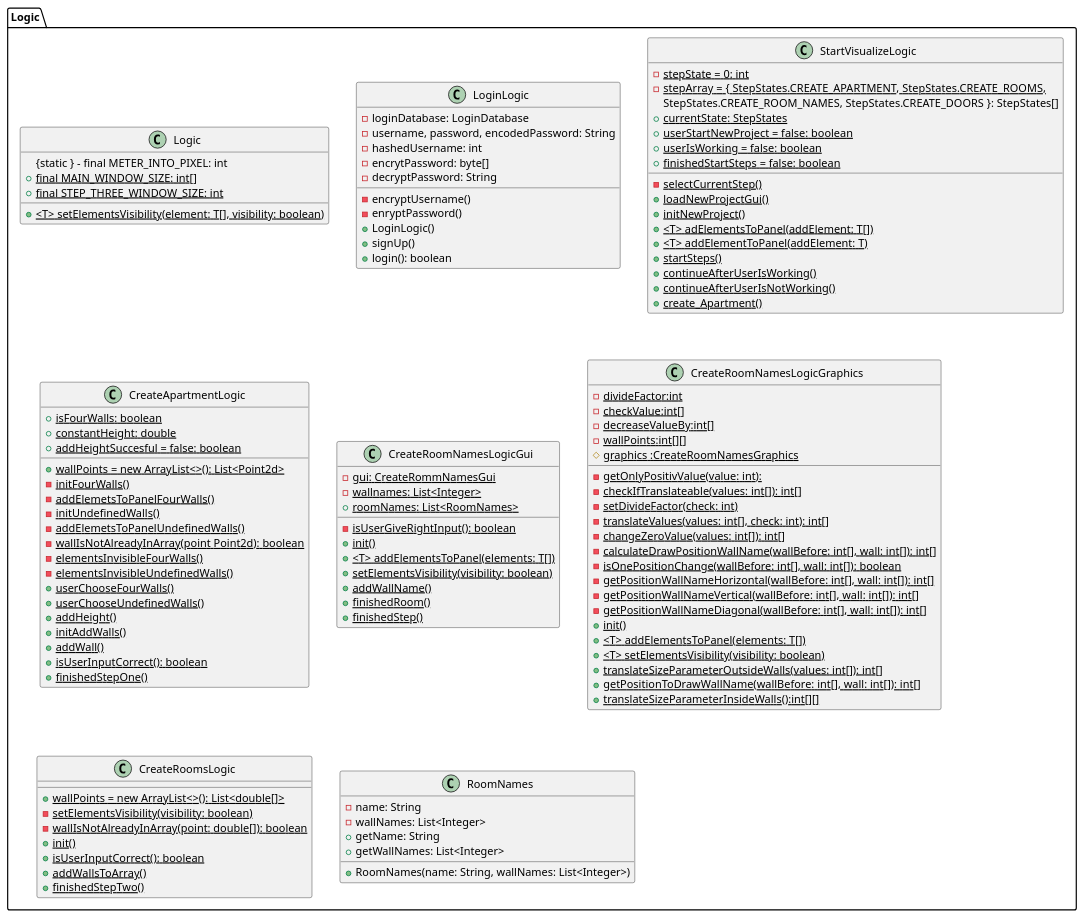
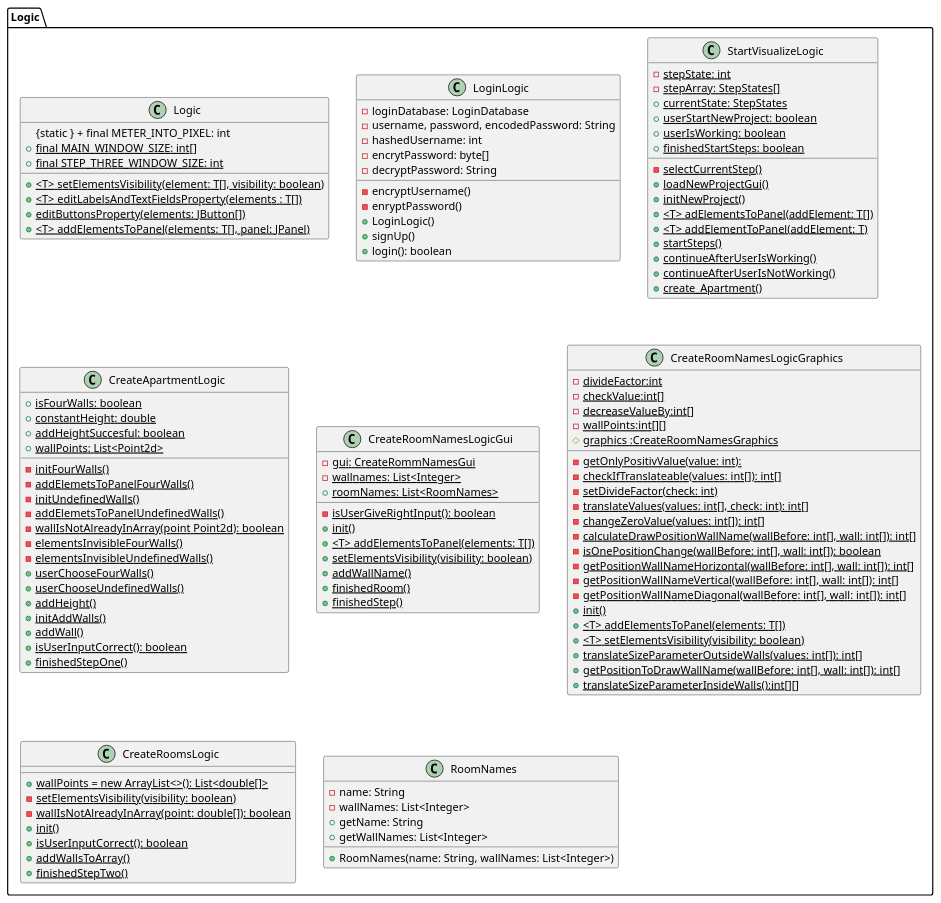
Before and after one commit to Raboro/Home-Visualizer: the diagram in doc/Diagrams/class diagrams/Logic.class diagram.md, drawn with PlantUML. The commit also changed 6 other files, not shown here.

Commit message:
update uml

```diff
--- a/doc/Diagrams/class diagrams/Logic.class diagram.md
+++ b/doc/Diagrams/class diagrams/Logic.class diagram.md
@@ -3,10 +3,13 @@
 
 namespace Logic {
     class Logic {
-        {static } - final METER_INTO_PIXEL: int
+        {static } + final METER_INTO_PIXEL: int
         {static} + final MAIN_WINDOW_SIZE: int[]
         {static} + final STEP_THREE_WINDOW_SIZE: int
         {static} + <T> setElementsVisibility(element: T[], visibility: boolean)
+        {static} + <T> editLabelsAndTextFieldsProperty(elements : T[])
+        {static} + editButtonsProperty(elements: JButton[])
+        {static} + <T> addElementsToPanel(elements: T[], panel: JPanel)
     }
 
     class LoginLogic {
@@ -23,13 +26,12 @@
     }
 
     class StartVisualizeLogic{
-        {static} - stepState = 0: int
-        {static} - stepArray = { StepStates.CREATE_APARTMENT, StepStates.CREATE_ROOMS,
-        StepStates.CREATE_ROOM_NAMES, StepStates.CREATE_DOORS }: StepStates[]
+        {static} - stepState: int
+        {static} - stepArray: StepStates[]
         {static} + currentState: StepStates
-        {static} + userStartNewProject = false: boolean
-        {static} + userIsWorking = false: boolean
-        {static} + finishedStartSteps = false: boolean
+        {static} + userStartNewProject: boolean
+        {static} + userIsWorking: boolean
+        {static} + finishedStartSteps: boolean
         {static} - selectCurrentStep()
         {static} + loadNewProjectGui()
         {static} + initNewProject()
@@ -44,8 +46,8 @@
     class CreateApartmentLogic{
         {static} + isFourWalls: boolean
         {static} + constantHeight: double
-        {static} + addHeightSuccesful = false: boolean
-        {static} +  wallPoints = new ArrayList<>(): List<Point2d>
+        {static} + addHeightSuccesful: boolean
+        {static} + wallPoints: List<Point2d>
         {static} - initFourWalls()
         {static} - addElemetsToPanelFourWalls()
         {static} - initUndefinedWalls()
```
